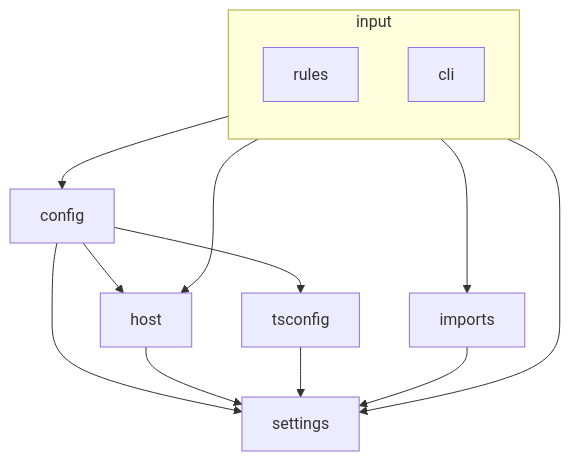
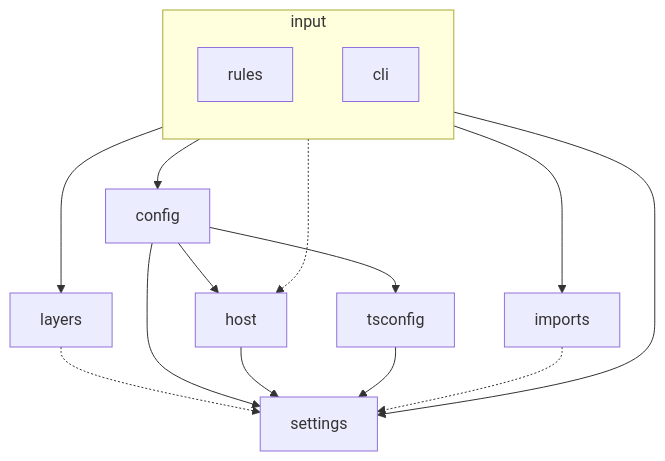
Before and after one commit to jt4d-lab/weld: the diagram in src/dependencies.md, drawn with Mermaid. The commit also changed other lines of this file, not shown here.

Commit message:
docs/dependencies: обновление схемы

````diff
--- a/src/dependencies.md
+++ b/src/dependencies.md
@@ -3,30 +3,34 @@
 ```mermaid
 flowchart TD
     subgraph input
         direction TB
 
         rules
 
         cli
     end
 
     tsconfig
     imports
     config
+    layers
     settings
 
     input --> config
     input --> settings
     input --> imports
-    input --> host
+    input --> layers
+    input -.-> host
+
+    layers -.-> settings
 
     config --> settings
     config --> tsconfig
     config --> host
 
     host --> settings
 
     tsconfig --> settings
 
-    imports --> settings
+    imports -.-> settings
 ```
````
